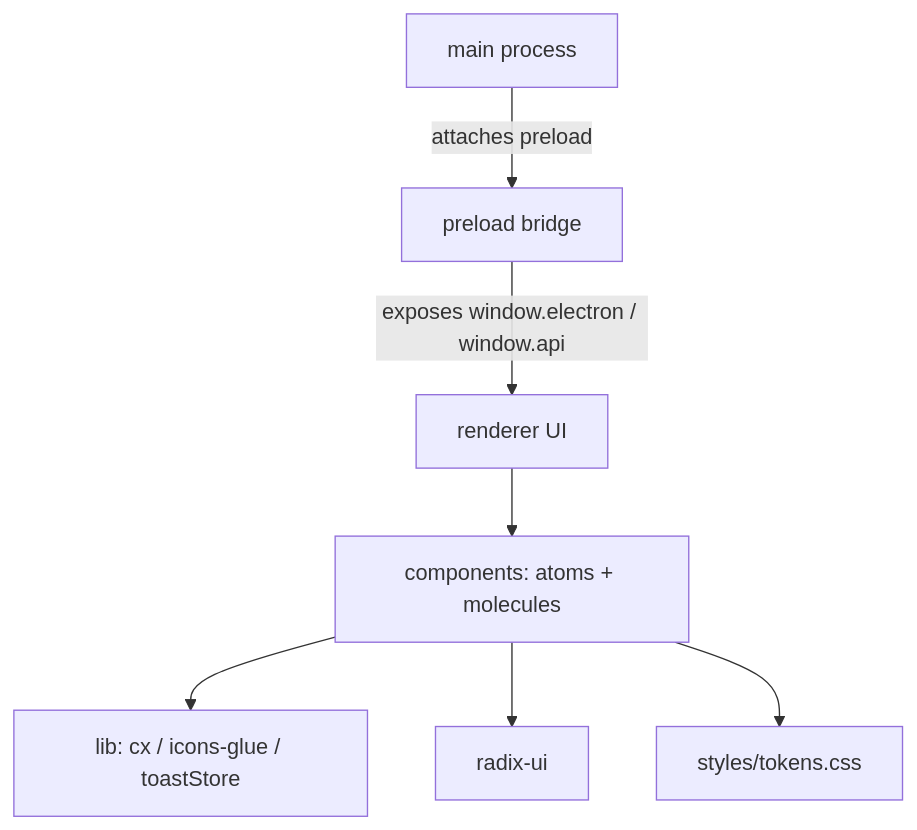
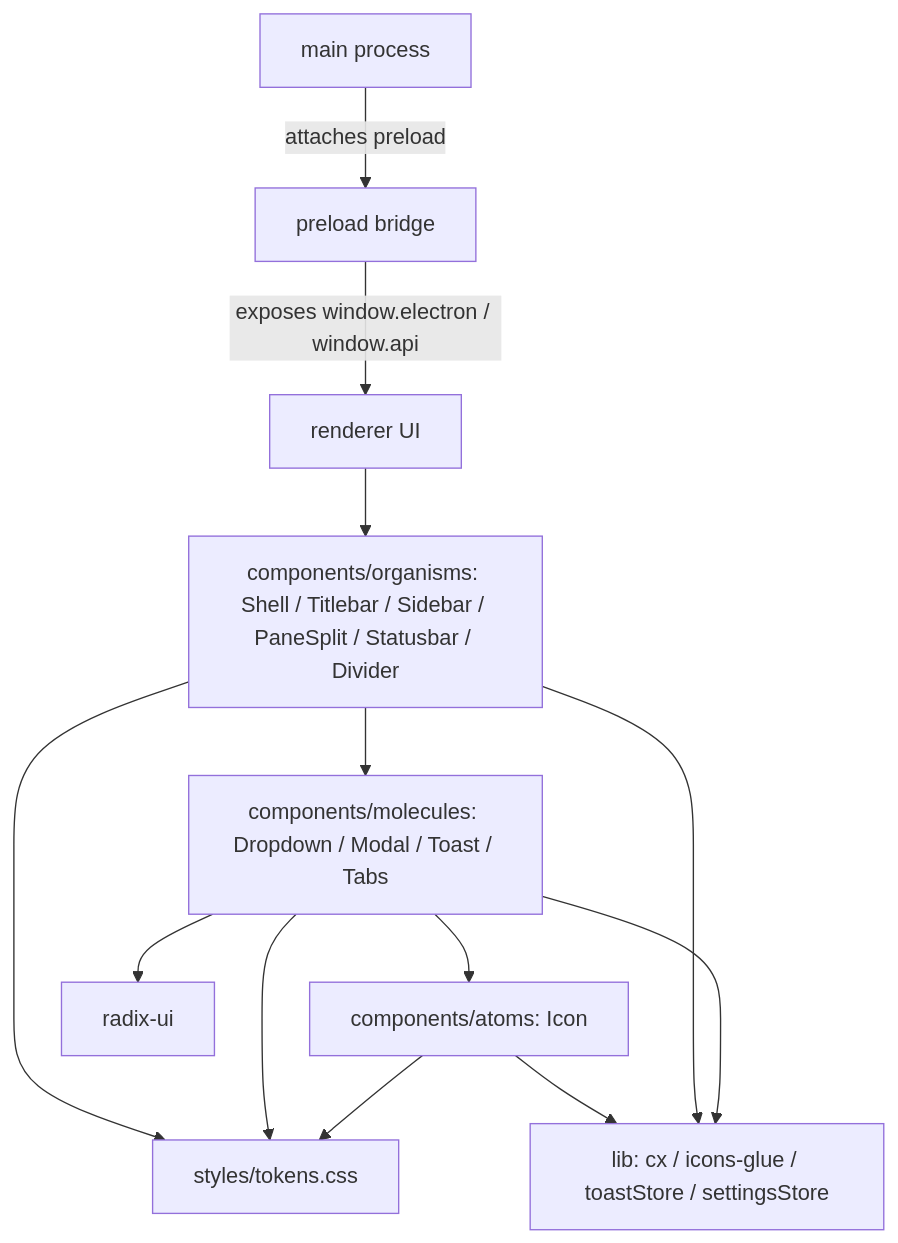
The diagram in docs/architecture.md (webmint/mintEnvoy), drawn with Mermaid before and after one commit. The commit also changed other lines of this file and 52 other files, not shown here.

````diff
--- a/docs/architecture.md
+++ b/docs/architecture.md
@@ -205,9 +269,15 @@
 ```mermaid
 graph TD
   main[main process] -->|attaches preload| preload[preload bridge]
   preload -->|exposes window.electron / window.api| renderer[renderer UI]
-  renderer --> components[components: atoms + molecules]
-  components --> lib[lib: cx / icons-glue / toastStore]
-  components --> radix[radix-ui]
-  components --> tokens[styles/tokens.css]
+  renderer --> organisms[components/organisms: Shell / Titlebar / Sidebar / PaneSplit / Statusbar / Divider]
+  organisms --> molecules[components/molecules: Dropdown / Modal / Toast / Tabs]
+  molecules --> atoms[components/atoms: Icon]
+  atoms --> lib[lib: cx / icons-glue / toastStore / settingsStore]
+  organisms --> lib
+  molecules --> lib
+  molecules --> radix[radix-ui]
+  organisms --> tokens[styles/tokens.css]
+  molecules --> tokens
+  atoms --> tokens
 ```
````
